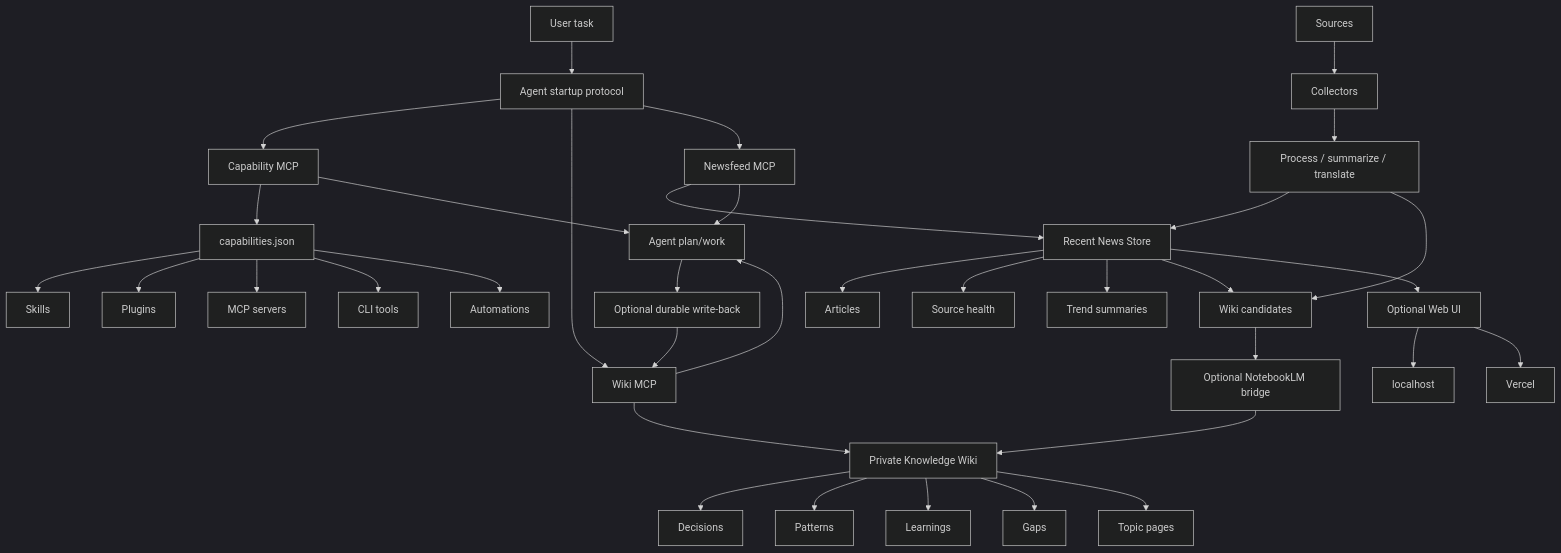
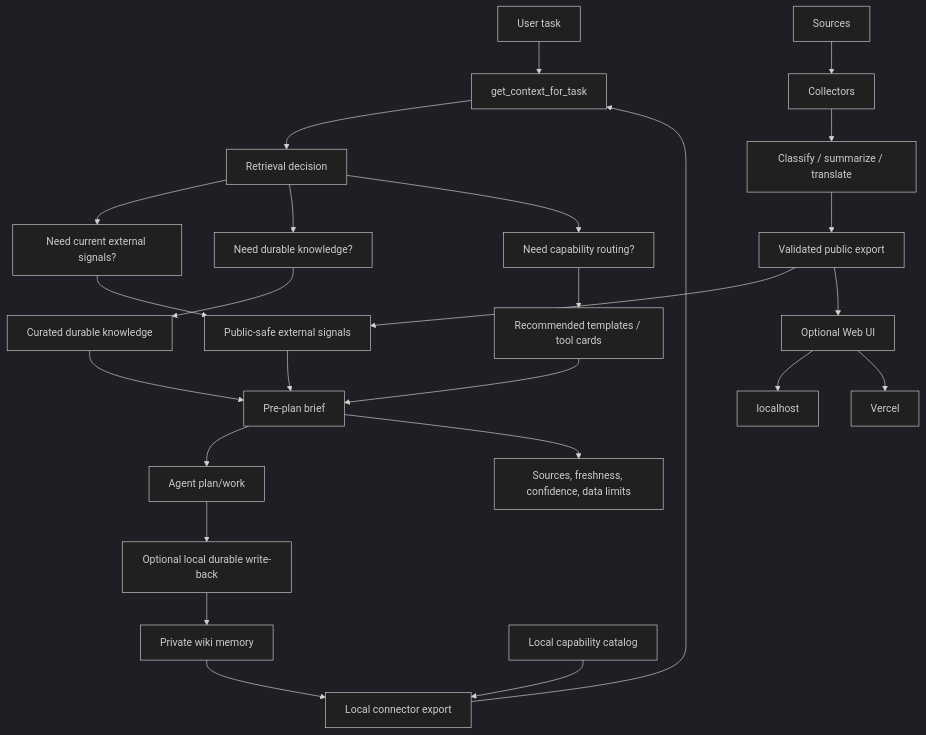
The diagram in docs/system-diagram.md (lynlyn0215/Newswiki), drawn with Mermaid (dark theme) before and after one commit. The commit also changed other lines of this file and 61 other files, not shown here.

Commit message:
feat: refocus Newswiki on pre-plan context briefs

````diff
--- a/docs/system-diagram.md
+++ b/docs/system-diagram.md
@@ -5,46 +5,36 @@
 ```mermaid
 flowchart TB
-    Task["User task"] --> Startup["Agent startup protocol"]
+    Task["User task"] --> Context["get_context_for_task"]
 
-    Startup --> CapMCP["Capability MCP"]
-    Startup --> WikiMCP["Wiki MCP"]
-    Startup --> NewsMCP["Newsfeed MCP"]
+    Context --> Decision["Retrieval decision"]
+    Decision --> SignalsGate["Need current external signals?"]
+    Decision --> WikiGate["Need durable knowledge?"]
+    Decision --> ToolsGate["Need capability routing?"]
 
-    CapMCP --> CapCatalog["capabilities.json"]
-    CapCatalog --> Skills["Skills"]
-    CapCatalog --> Plugins["Plugins"]
-    CapCatalog --> MCPs["MCP servers"]
-    CapCatalog --> CLIs["CLI tools"]
-    CapCatalog --> Automations["Automations"]
+    SignalsGate --> Signals["Public-safe external signals"]
+    WikiGate --> Knowledge["Curated durable knowledge"]
+    ToolsGate --> ToolCards["Recommended templates / tool cards"]
 
-    WikiMCP --> Wiki["Private Knowledge Wiki"]
-    Wiki --> Decisions["Decisions"]
-    Wiki --> Patterns["Patterns"]
-    Wiki --> Learnings["Learnings"]
-    Wiki --> Gaps["Gaps"]
-    Wiki --> Topics["Topic pages"]
+    Signals --> Brief["Pre-plan brief"]
+    Knowledge --> Brief
+    ToolCards --> Brief
 
-    NewsMCP --> NewsStore["Recent News Store"]
-    NewsStore --> Articles["Articles"]
-    NewsStore --> SourceHealth["Source health"]
-    NewsStore --> Trends["Trend summaries"]
-    NewsStore --> Candidates["Wiki candidates"]
+    Brief --> Agent["Agent plan/work"]
+    Brief --> Limits["Sources, freshness, confidence, data limits"]
 
     Sources["Sources"] --> Collect["Collectors"]
-    Collect --> Process["Process / summarize / translate"]
-    Process --> NewsStore
-    Process --> Candidates
+    Collect --> Process["Classify / summarize / translate"]
+    Process --> PublicExport["Validated public export"]
+    PublicExport --> Signals
 
-    Candidates --> OptionalBridge["Optional NotebookLM bridge"]
-    OptionalBridge --> Wiki
+    PrivateWiki["Private wiki memory"] --> LocalConnector["Local connector export"]
+    LocalCapabilities["Local capability catalog"] --> LocalConnector
+    LocalConnector --> Context
 
-    NewsStore --> OptionalWeb["Optional Web UI"]
+    Agent --> OptionalWriteBack["Optional local durable write-back"]
+    OptionalWriteBack --> PrivateWiki
+
+    PublicExport --> OptionalWeb["Optional Web UI"]
     OptionalWeb --> Localhost["localhost"]
     OptionalWeb --> Vercel["Vercel"]
-
-    CapMCP --> Work["Agent plan/work"]
-    WikiMCP --> Work
-    NewsMCP --> Work
-    Work --> WriteBack["Optional durable write-back"]
-    WriteBack --> WikiMCP
 ```
````
